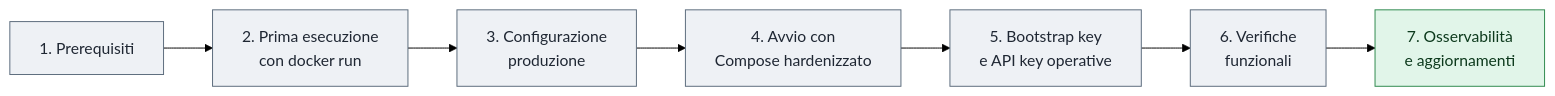
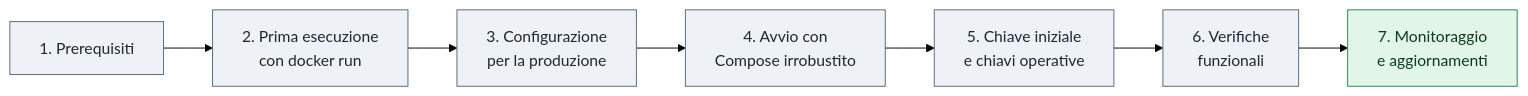
The diagram in docs/it/02b-guida-operativa-docker.md (toresoft/sign-verify), drawn with Mermaid (forest theme) before and after one commit. The commit also changed other lines of this file and 14 other files, not shown here.

````diff
--- a/docs/it/02b-guida-operativa-docker.md
+++ b/docs/it/02b-guida-operativa-docker.md
@@ -16,14 +17,14 @@
 ```mermaid
 flowchart LR
-    A[1. Prerequisiti] --> B[2. Prima esecuzione\ncon docker run]
-    B --> C[3. Configurazione\nproduzione]
-    C --> D[4. Avvio con\nCompose hardenizzato]
-    D --> E[5. Bootstrap key\ne API key operative]
-    E --> F[6. Verifiche\nfunzionali]
-    F --> G[7. Osservabilità\ne aggiornamenti]
+    A[1. Prerequisiti] --> B["2. Prima esecuzione\ncon docker run"]
+    B --> C["3. Configurazione\nper la produzione"]
+    C --> D["4. Avvio con\nCompose irrobustito"]
+    D --> E["5. Chiave iniziale\ne chiavi operative"]
+    E --> F["6. Verifiche\nfunzionali"]
+    F --> G["7. Monitoraggio\ne aggiornamenti"]
 
     classDef step fill:#eef1f5,stroke:#5b6b7c,color:#1f2733
     classDef milestone fill:#e1f5e9,stroke:#2f8a4e,color:#0d3a1d
     class A,B,C,D,E,F step
     class G milestone
 ```
````
